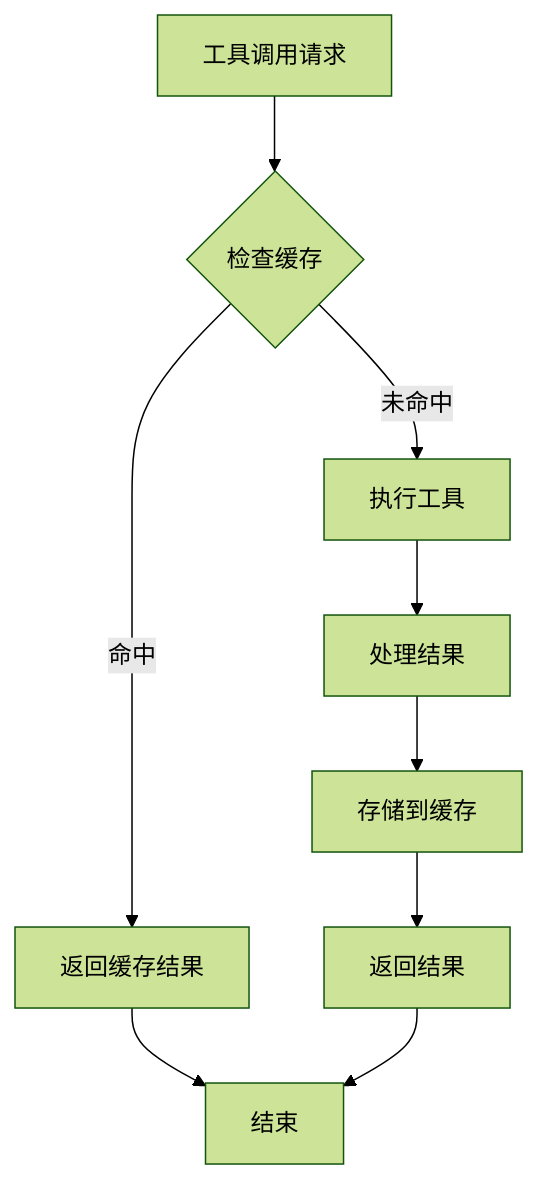
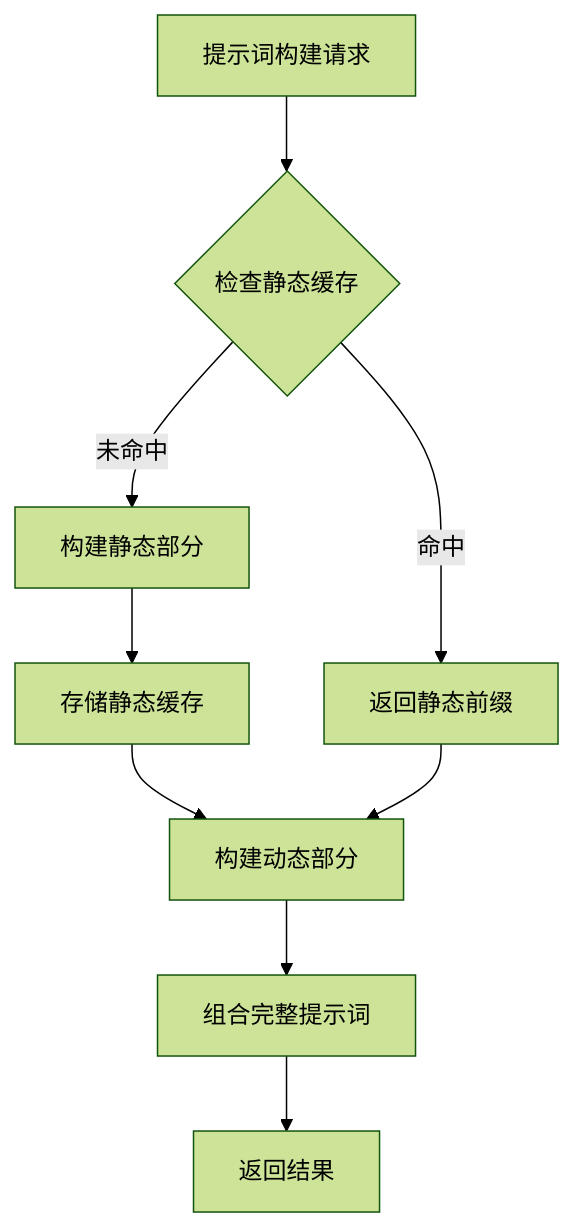
One commit to eurekaYYzero/Mini-Claude-Code changed diagram 16 of 18 in .qoder/repowiki/zh/content/高级主题/性能优化策略.md. Above: the diagram before and after it, drawn with Mermaid (forest theme). The commit also changed other lines of this file and 20 other files, not shown here.

````diff
--- a/.qoder/repowiki/zh/content/高级主题/性能优化策略.md
+++ b/.qoder/repowiki/zh/content/高级主题/性能优化策略.md
@@ -421,11 +577,11 @@
 ```mermaid
 flowchart TD
-Request[工具调用请求] --> CheckCache{检查缓存}
-CheckCache --> |命中| ReturnCache[返回缓存结果]
-CheckCache --> |未命中| Execute[执行工具]
-Execute --> Process[处理结果]
-Process --> StoreCache[存储到缓存]
-StoreCache --> ReturnResult[返回结果]
-ReturnCache --> End[结束]
-ReturnResult --> End
+Request[提示词构建请求] --> CheckCache{检查静态缓存}
+CheckCache --> |命中| ReturnStatic[返回静态前缀]
+CheckCache --> |未命中| BuildStatic[构建静态部分]
+BuildStatic --> StoreCache[存储静态缓存]
+StoreCache --> BuildDynamic[构建动态部分]
+ReturnStatic --> BuildDynamic
+BuildDynamic --> Combine[组合完整提示词]
+Combine --> End[返回结果]
 ```
````
